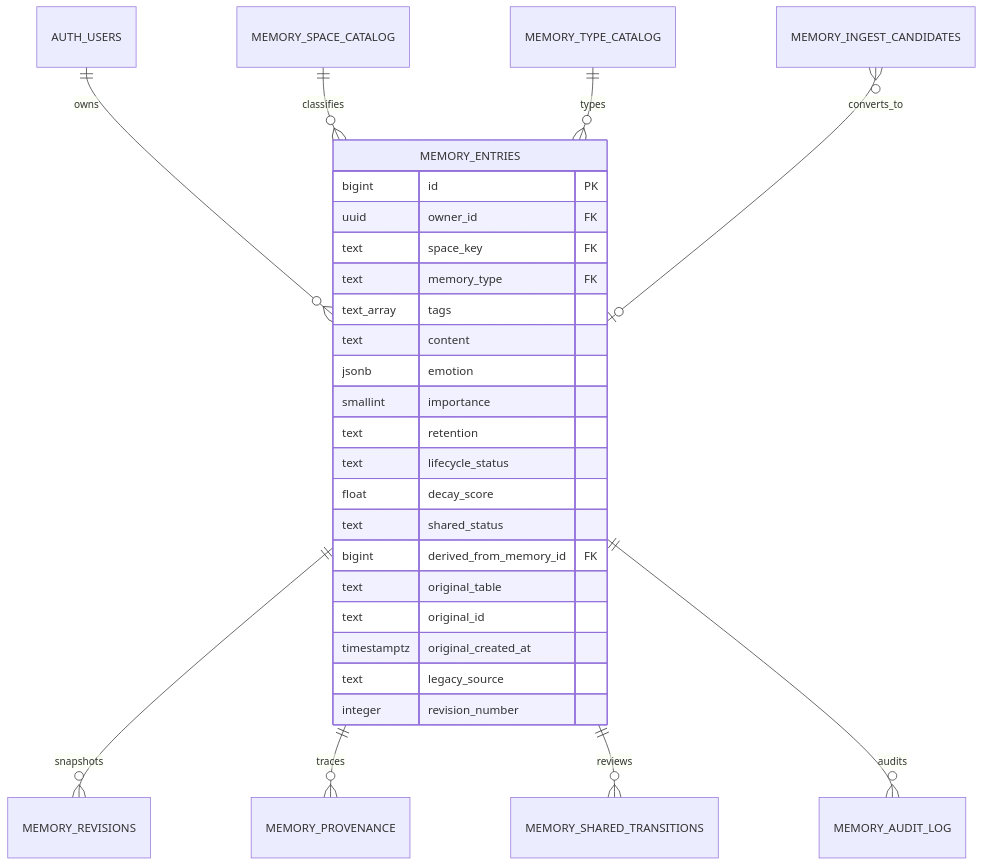
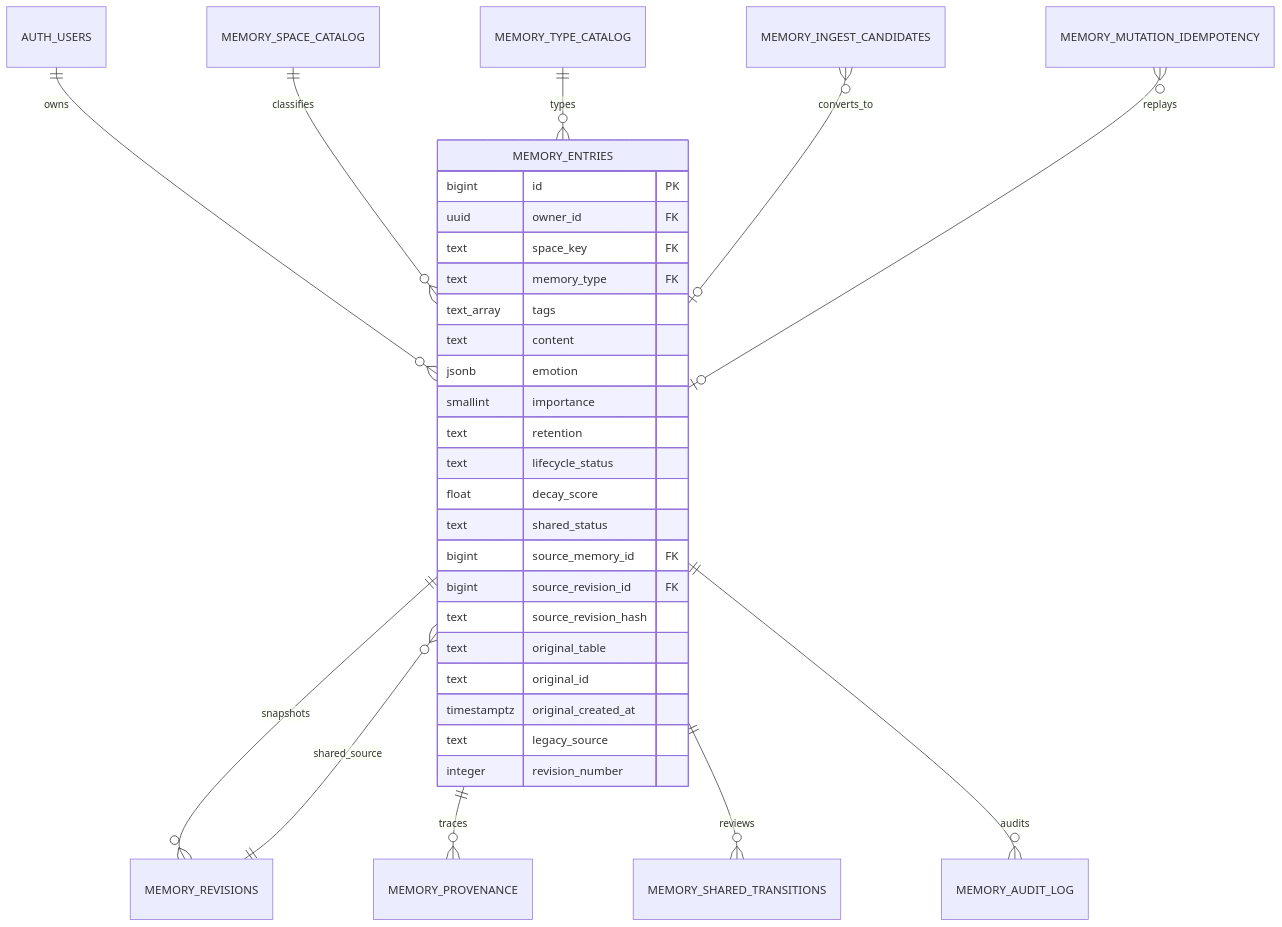
Before and after one commit to zhangxiaolu712-ops/lovehouse: the diagram in docs/MEMORY_SYSTEM_PHASE2_SCHEMA.md, drawn with Mermaid. The commit also changed other lines of this file and 6 other files, not shown here.

Commit message:
fix: tighten shared memory database contract

````diff
--- a/docs/MEMORY_SYSTEM_PHASE2_SCHEMA.md
+++ b/docs/MEMORY_SYSTEM_PHASE2_SCHEMA.md
@@ -9,32 +9,36 @@
 ```mermaid
 erDiagram
   AUTH_USERS ||--o{ MEMORY_ENTRIES : owns
   MEMORY_SPACE_CATALOG ||--o{ MEMORY_ENTRIES : classifies
   MEMORY_TYPE_CATALOG ||--o{ MEMORY_ENTRIES : types
   MEMORY_ENTRIES ||--o{ MEMORY_REVISIONS : snapshots
+  MEMORY_REVISIONS ||--o{ MEMORY_ENTRIES : shared_source
   MEMORY_ENTRIES ||--o{ MEMORY_PROVENANCE : traces
   MEMORY_ENTRIES ||--o{ MEMORY_SHARED_TRANSITIONS : reviews
   MEMORY_ENTRIES ||--o{ MEMORY_AUDIT_LOG : audits
   MEMORY_INGEST_CANDIDATES }o--o| MEMORY_ENTRIES : converts_to
+  MEMORY_MUTATION_IDEMPOTENCY }o--o| MEMORY_ENTRIES : replays
 
   MEMORY_ENTRIES {
     bigint id PK
     uuid owner_id FK
     text space_key FK
     text memory_type FK
     text_array tags
     text content
     jsonb emotion
     smallint importance
     text retention
     text lifecycle_status
     float decay_score
     text shared_status
-    bigint derived_from_memory_id FK
+    bigint source_memory_id FK
+    bigint source_revision_id FK
+    text source_revision_hash
     text original_table
     text original_id
     timestamptz original_created_at
     text legacy_source
     integer revision_number
   }
 ```
````
